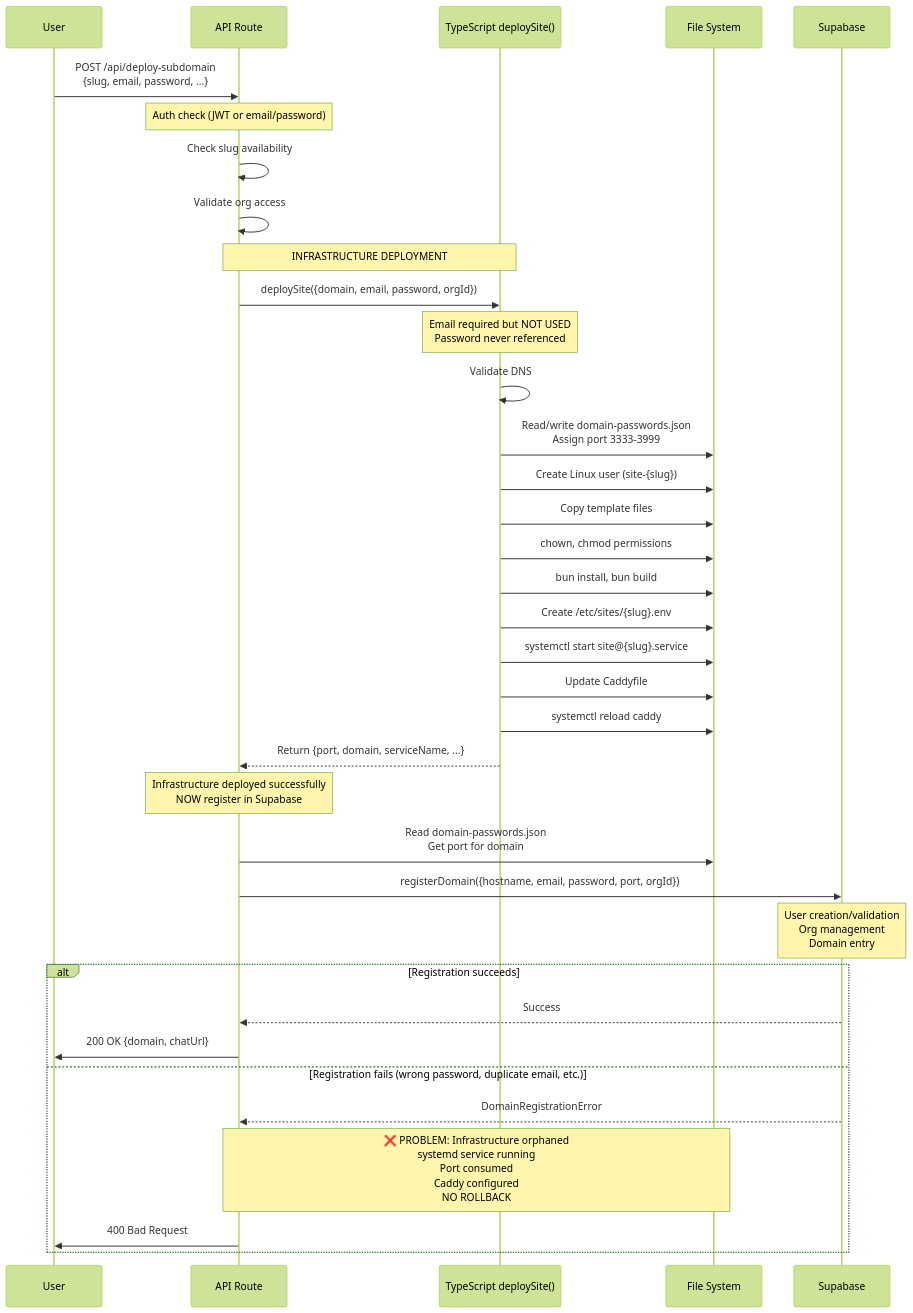
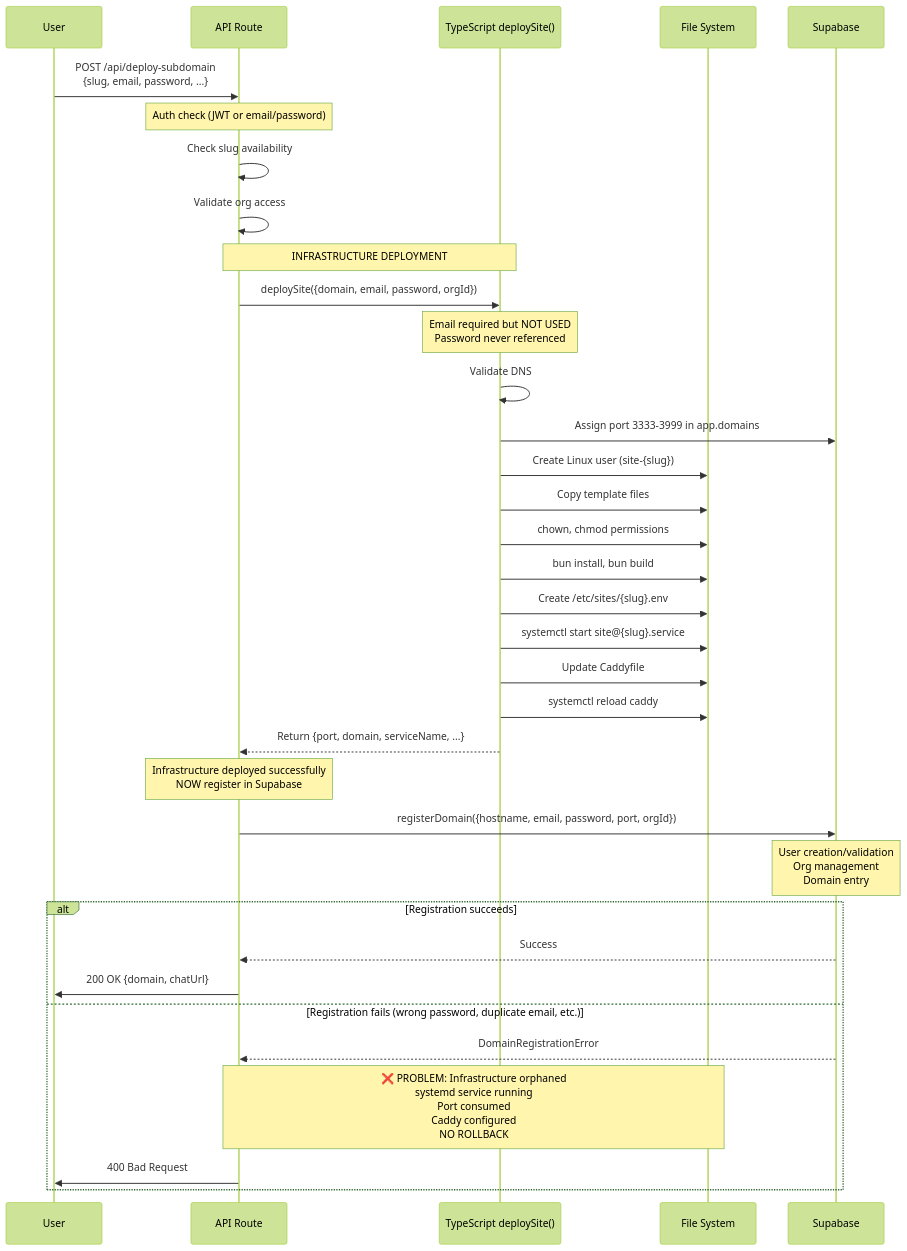
One commit to eenlars/alive changed the third of 3 diagrams in docs/deployment/REFACTORING_PROBLEM_STATEMENT.md. Above: the diagram before and after it, drawn with Mermaid (forest theme). The commit also changed other lines of this file and 61 other files, not shown here.

First line of the commit message:
Remove domain-passwords.json + add filespace panel (#67)

````diff
--- a/docs/deployment/REFACTORING_PROBLEM_STATEMENT.md
+++ b/docs/deployment/REFACTORING_PROBLEM_STATEMENT.md
@@ -322,51 +315,49 @@
 ```mermaid
 sequenceDiagram
     participant User
     participant API as API Route
     participant TS as TypeScript deploySite()
     participant FS as File System
     participant SB as Supabase
 
     User->>API: POST /api/deploy-subdomain<br/>{slug, email, password, ...}
 
     Note over API: Auth check (JWT or email/password)
 
     API->>API: Check slug availability
     API->>API: Validate org access
 
     Note over API,TS: INFRASTRUCTURE DEPLOYMENT
 
     API->>TS: deploySite({domain, email, password, orgId})
 
     Note over TS: Email required but NOT USED<br/>Password never referenced
 
     TS->>TS: Validate DNS
-    TS->>FS: Read/write domain-passwords.json<br/>Assign port 3333-3999
+    TS->>SB: Assign port 3333-3999 in app.domains
     TS->>FS: Create Linux user (site-{slug})
     TS->>FS: Copy template files
     TS->>FS: chown, chmod permissions
     TS->>FS: bun install, bun build
     TS->>FS: Create /etc/sites/{slug}.env
     TS->>FS: systemctl start site@{slug}.service
     TS->>FS: Update Caddyfile
     TS->>FS: systemctl reload caddy
 
     TS-->>API: Return {port, domain, serviceName, ...}
 
     Note over API: Infrastructure deployed successfully<br/>NOW register in Supabase
-
-    API->>FS: Read domain-passwords.json<br/>Get port for domain
 
     API->>SB: registerDomain({hostname, email, password, port, orgId})
 
     Note over SB: User creation/validation<br/>Org management<br/>Domain entry
 
     alt Registration succeeds
         SB-->>API: Success
         API->>User: 200 OK {domain, chatUrl}
     else Registration fails (wrong password, duplicate email, etc.)
         SB-->>API: DomainRegistrationError
         Note over API,FS: ❌ PROBLEM: Infrastructure orphaned<br/>systemd service running<br/>Port consumed<br/>Caddy configured<br/>NO ROLLBACK
         API->>User: 400 Bad Request
     end
 ```
````
